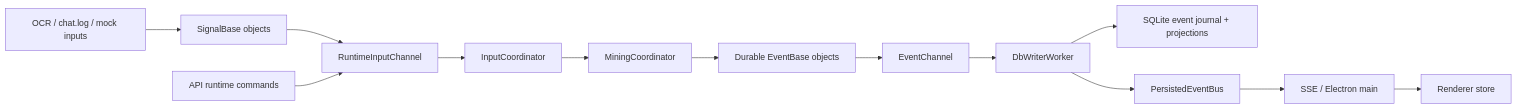
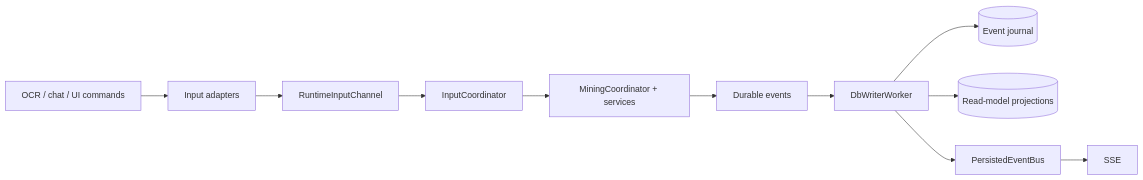
One commit to PatrykCieszynski/ZML changed the second of 8 diagrams in docs/architecture.md. Above: the diagram before and after it, drawn with Mermaid. The commit also changed other lines of this file and 11 other files, not shown here.

````diff
--- a/docs/architecture.md
+++ b/docs/architecture.md
@@ -109,15 +111,13 @@
 ```mermaid
 flowchart LR
-    Inputs["OCR / chat.log / mock inputs"] --> Signals["SignalBase objects"]
-    Signals --> InputQueue["RuntimeInputChannel"]
-    ApiCommands["API runtime commands"] --> InputQueue
-    InputQueue --> InputCoordinator["InputCoordinator"]
-    InputCoordinator --> MiningCoordinator["MiningCoordinator"]
-    MiningCoordinator --> Events["Durable EventBase objects"]
-    Events --> EventQueue["EventChannel"]
-    EventQueue --> DbWriter["DbWriterWorker"]
-    DbWriter --> SQLite["SQLite event journal + projections"]
-    DbWriter --> Bus["PersistedEventBus"]
-    Bus --> SSE["SSE / Electron main"]
-    SSE --> RendererStore["Renderer store"]
+    External[OCR / chat / UI commands] --> Inputs[Input adapters]
+    Inputs --> Queue[RuntimeInputChannel]
+    Queue --> Coordinator[InputCoordinator]
+    Coordinator --> Mining[MiningCoordinator + services]
+    Mining --> Events[Durable events]
+    Events --> Writer[DbWriterWorker]
+    Writer --> Journal[(Event journal)]
+    Writer --> Projections[(Read-model projections)]
+    Writer --> Bus[PersistedEventBus]
+    Bus --> SSE[SSE]
 ```
````
